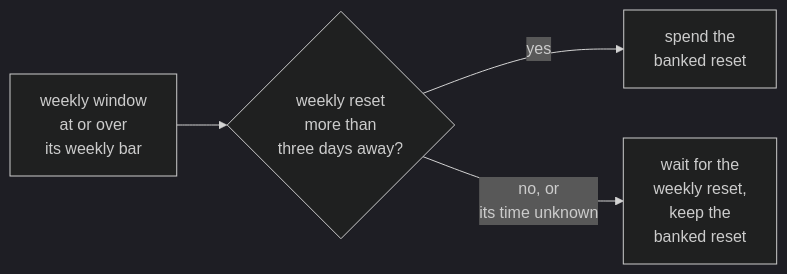
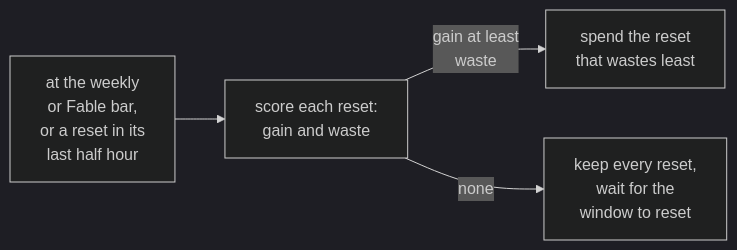
Before and after one commit to anaclumos/tokenmaxxing: the fifth of 8 diagrams in docs/content/docs/switching.mdx, drawn with Mermaid (dark theme). The commit also changed other lines of this file and 13 other files, not shown here.

First line of the commit message:
feat: choose between Fable and full banked resets by least waste (#490)

````diff
--- a/docs/content/docs/switching.mdx
+++ b/docs/content/docs/switching.mdx
@@ -275,6 +289,6 @@
 ```mermaid
 flowchart LR
-  spent["weekly window<br/>at or over<br/>its weekly bar"] --> due{"weekly reset<br/>more than<br/>three days away?"}
-  due -->|"yes"| claim["spend the<br/>banked reset"]
-  due -->|"no, or<br/>its time unknown"| wait["wait for the<br/>weekly reset,<br/>keep the<br/>banked reset"]
+  bar["at the weekly<br/>or Fable bar,<br/>or a reset in its<br/>last half hour"] --> score["score each reset:<br/>gain and waste"]
+  score -->|"gain at least<br/>waste"| claim["spend the reset<br/>that wastes least"]
+  score -->|"none"| wait["keep every reset,<br/>wait for the<br/>window to reset"]
 ```
````
